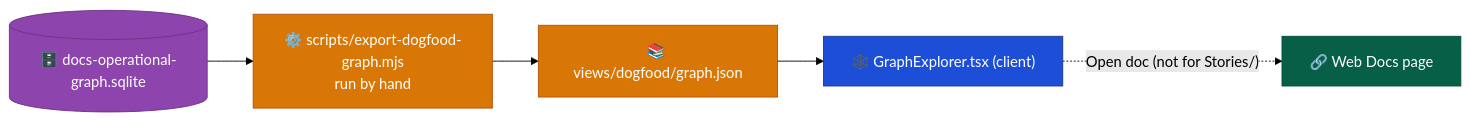
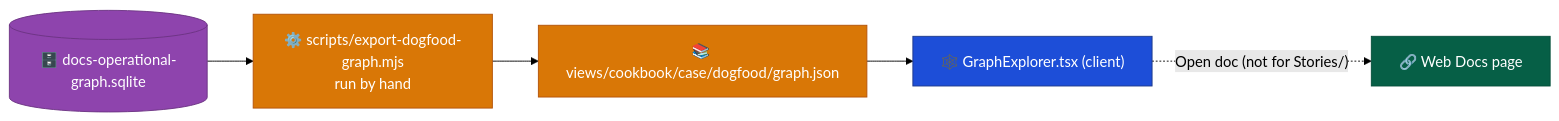
One commit to DataArt/artisyn-implementation-harness changed the second of 3 diagrams in docs/System Architecture (LLD)/Web Explorer/03. Pages and Design System.md. Above: the diagram before and after it, drawn with Mermaid (forest theme). The commit also changed other lines of this file and 159 other files, not shown here.

First line of the commit message:
feat(web-explorer): cookbook with context topology and migration case, new routes and social preview (#34)

````diff
--- a/docs/System Architecture (LLD)/Web Explorer/03. Pages and Design System.md
+++ b/docs/System Architecture (LLD)/Web Explorer/03. Pages and Design System.md
@@ -92,16 +118,16 @@
 ```mermaid
 flowchart LR
     DB[("🗄️ docs-operational-graph.sqlite")]:::hub
     EXP["⚙️ scripts/export-dogfood-graph.mjs\nrun by hand"]:::detail
-    JSON["📚 views/dogfood/graph.json"]:::detail
+    JSON["📚 views/cookbook/case/dogfood/graph.json"]:::detail
     GX["🕸️ GraphExplorer.tsx (client)"]:::layout
     DOCS["🔗 Web Docs page"]:::routes
 
     DB --> EXP --> JSON --> GX
     GX -. "Open doc (not for Stories/)" .-> DOCS
 
     classDef hub    fill:#8E44AD,stroke:#6C3483,color:#fff
     classDef layout fill:#1D4ED8,stroke:#1e3a8a,color:#fff
     classDef detail fill:#D97706,stroke:#B45309,color:#fff
     classDef routes fill:#065F46,stroke:#064e3b,color:#fff
 ```
````
